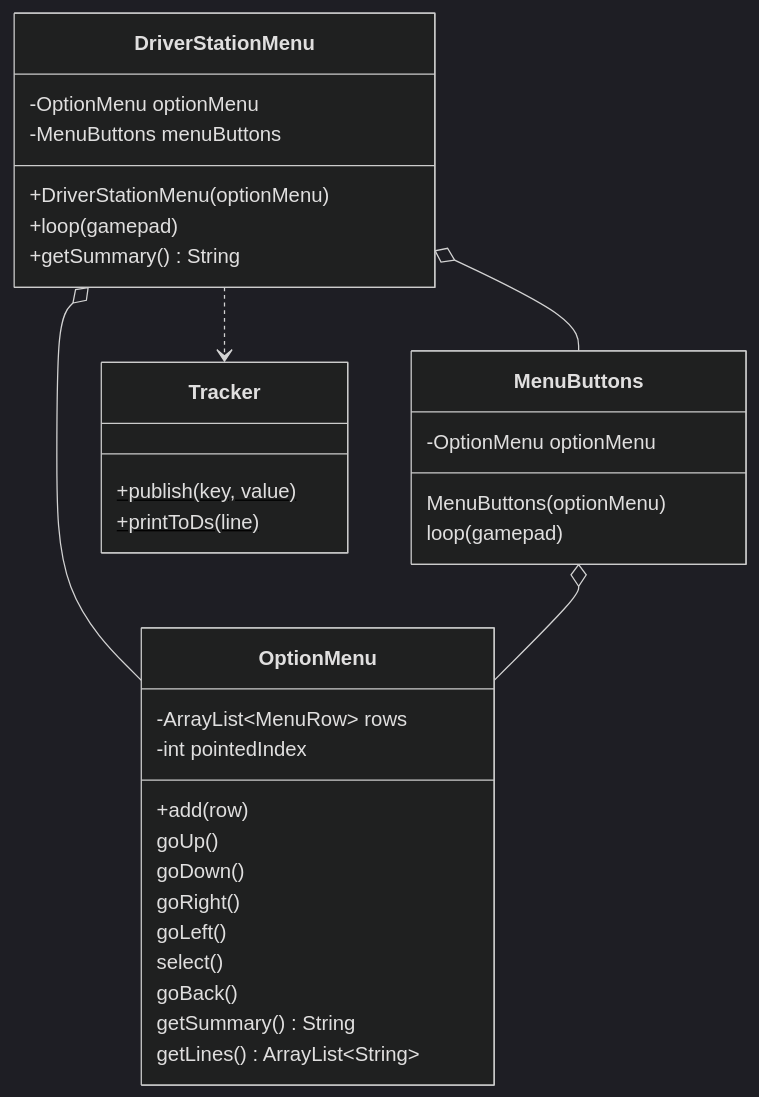
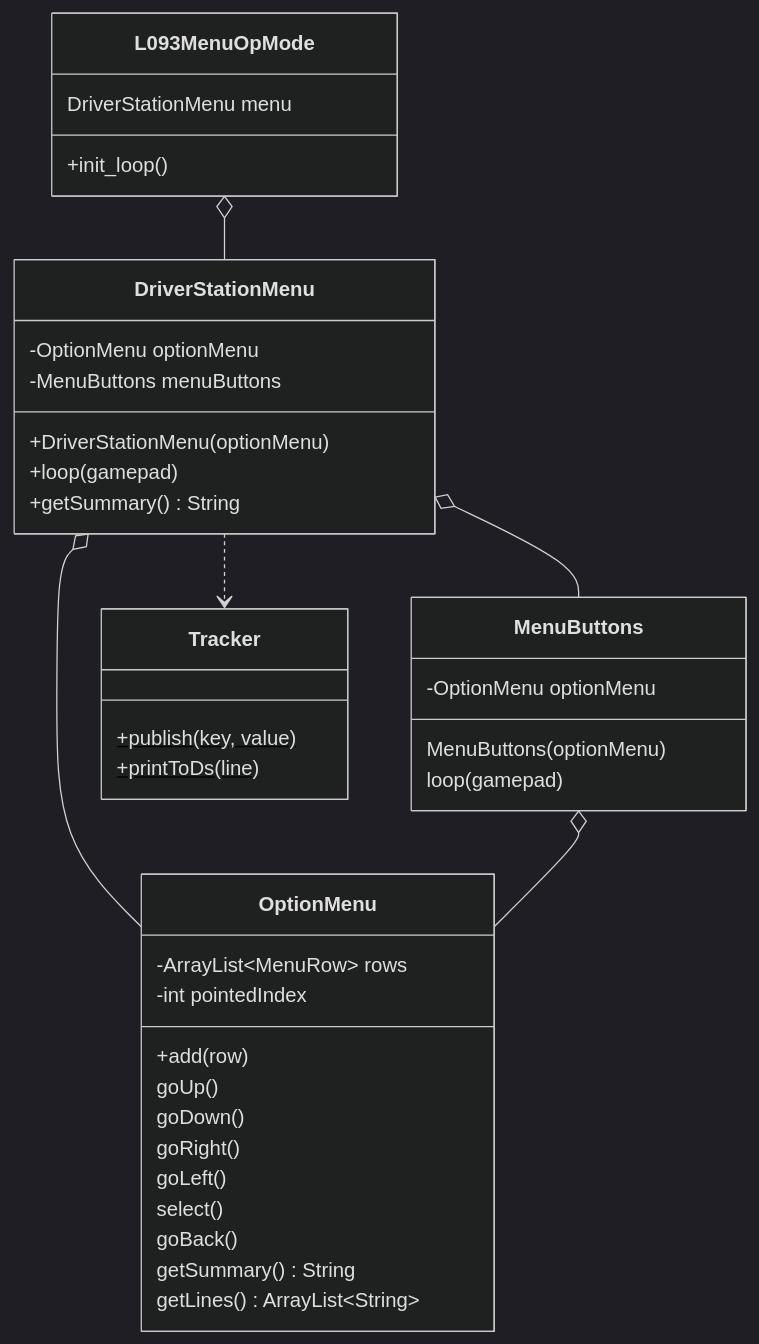
The diagram in book/tools/mermaid/fig-l093-ds-menu.mmd (msb-stitt/ftc31459-26-27-biobuzz), drawn with Mermaid (dark theme) before and after one commit. The commit also changed 4 other files, not shown here.

Commit message:
WRITING.md: five rules from the audit of v0.3.0 to v0.4.0. L093's DriverStationMenu diagrams show L093MenuOpMode, not L135's AutoWithMenuOpMode, by the class diagram rule.

```diff
--- a/book/tools/mermaid/fig-l093-ds-menu.mmd
+++ b/book/tools/mermaid/fig-l093-ds-menu.mmd
@@ -1,34 +1,39 @@
 classDiagram
+    class L093MenuOpMode {
+        DriverStationMenu menu
+        +init_loop()
+    }
     class DriverStationMenu {
         -OptionMenu optionMenu
         -MenuButtons menuButtons
         +DriverStationMenu(optionMenu)
         +loop(gamepad)
         +getSummary() String
     }
     class OptionMenu {
         -ArrayList~MenuRow~ rows
         -int pointedIndex
         +add(row)
         goUp()
         goDown()
         goRight()
         goLeft()
         select()
         goBack()
         getSummary() String
         getLines() ArrayList~String~
     }
     class MenuButtons {
         -OptionMenu optionMenu
         MenuButtons(optionMenu)
         loop(gamepad)
     }
     class Tracker {
         +publish(key, value)$
         +printToDs(line)$
     }
+    L093MenuOpMode o-- DriverStationMenu
     DriverStationMenu o-- OptionMenu
     DriverStationMenu o-- MenuButtons
     DriverStationMenu ..> Tracker
     MenuButtons o-- OptionMenu
```
